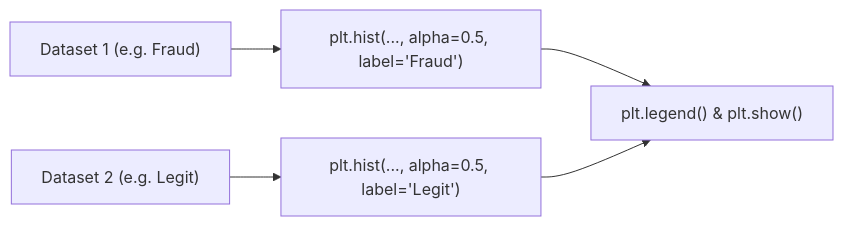
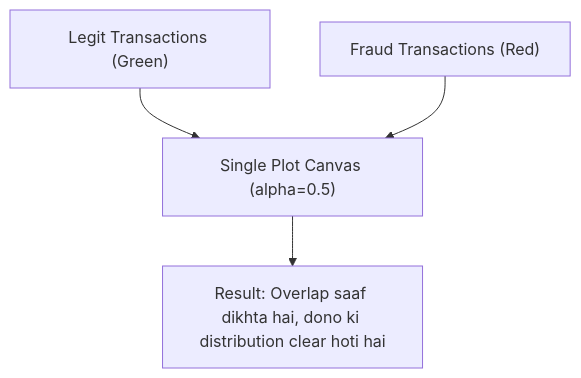
One commit to S1h2i3v4a/AI_ML changed the diagram in lecture_19/Notes_19.02/README_HINGLISH.md. Above: the diagram before and after it, drawn with Mermaid. The commit also changed other lines of this file and 203 other files, not shown here.

Commit message:
docs(lectures 19-21): align notes with video lectures, add blackboard diagrams, clean structured functions, and compile vector PDFs

````diff
--- a/lecture_19/Notes_19.02/README_HINGLISH.md
+++ b/lecture_19/Notes_19.02/README_HINGLISH.md
@@ -23,6 +32,6 @@
 ```mermaid
-flowchart LR
-    A["Dataset 1 (e.g. Fraud)"] --> C["plt.hist(..., alpha=0.5, label='Fraud')"]
-    B["Dataset 2 (e.g. Legit)"] --> D["plt.hist(..., alpha=0.5, label='Legit')"]
-    C & D --> E["plt.legend() & plt.show()"]
+flowchart TD
+    A["Legit Transactions (Green)"] --> C["Single Plot Canvas (alpha=0.5)"]
+    B["Fraud Transactions (Red)"] --> C
+    C --> D["Result: Overlap saaf dikhta hai, dono ki distribution clear hoti hai"]
 ```
````
